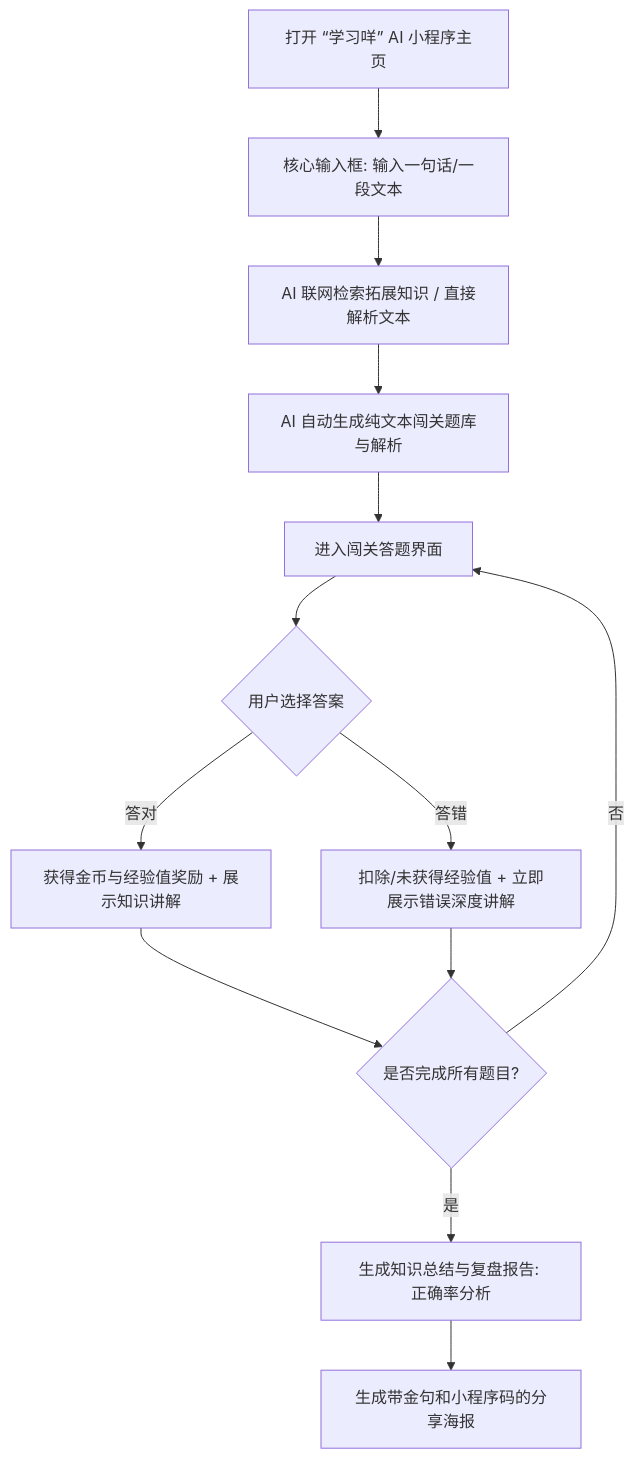
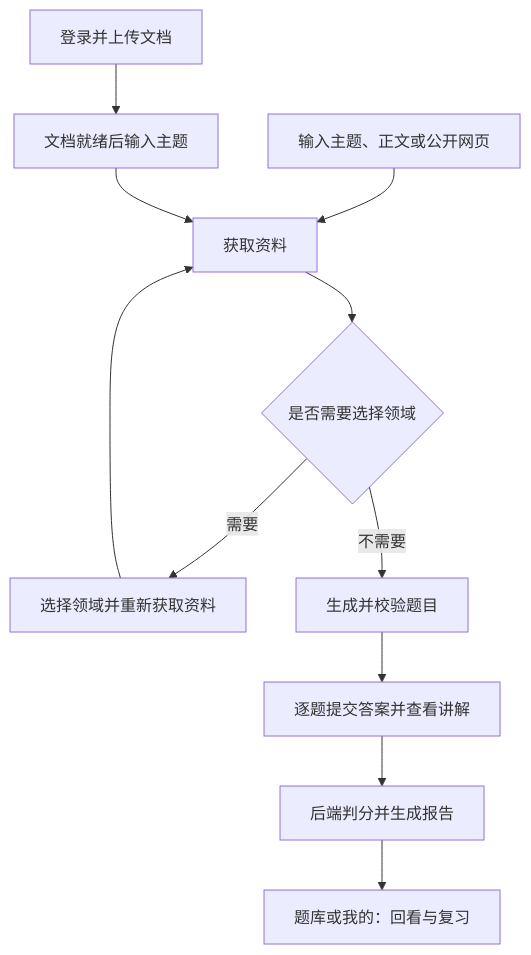
Before and after one commit to bylongjian/AI-Learn: the diagram in docs/需求分析文档.md, drawn with Mermaid. The commit also changed other lines of this file and 94 other files, not shown here.

````diff
--- a/docs/需求分析文档.md
+++ b/docs/需求分析文档.md
@@ -62,15 +64,13 @@
 ```mermaid
-graph TD
-    A[打开 “学习咩” AI 小程序主页] --> B[核心输入框: 输入一句话/一段文本]
-    B --> C[AI 联网检索拓展知识 / 直接解析文本]
-    C --> D[AI 自动生成纯文本闯关题库与解析]
-    D --> E[进入闯关答题界面]
-    E --> F{用户选择答案}
-    F -->|答对| G[获得金币与经验值奖励 + 展示知识讲解]
-    F -->|答错| H[扣除/未获得经验值 + 立即展示错误深度讲解]
-    G --> I{是否完成所有题目?}
-    H --> I
-    I -->|否| E
-    I -->|是| J[生成知识总结与复盘报告: 正确率分析]
-    J --> K[生成带金句和小程序码的分享海报]
+flowchart TD
+    A[输入主题、正文或公开网页] --> B[获取资料]
+    K[登录并上传文档] --> L[文档就绪后输入主题]
+    L --> B
+    B --> C{是否需要选择领域}
+    C -->|需要| D[选择领域并重新获取资料]
+    D --> B
+    C -->|不需要| E[生成并校验题目]
+    E --> F[逐题提交答案并查看讲解]
+    F --> G[后端判分并生成报告]
+    G --> H[题库或我的：回看与复习]
 ```
````
